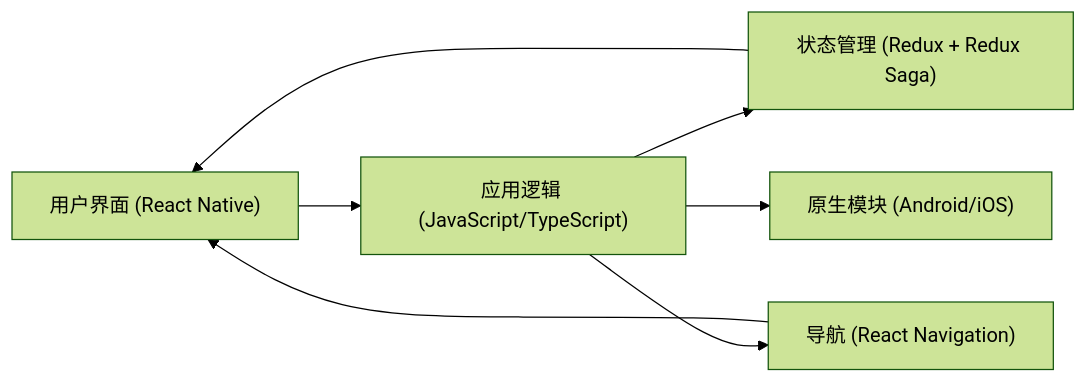
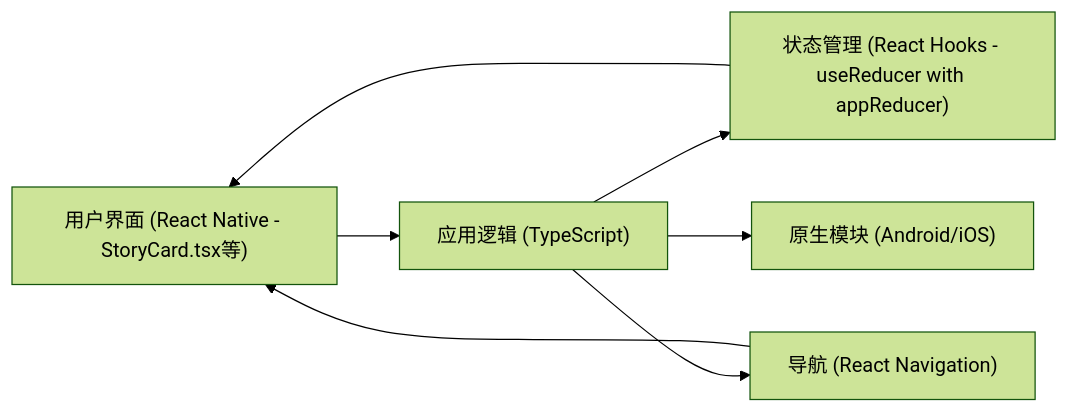
The diagram in memory-bank/systemPatterns.md (HatCloud/SaltyFlame), drawn with Mermaid (forest theme) before and after one commit. The commit also changed other lines of this file and 12 other files, not shown here.

````diff
--- a/memory-bank/systemPatterns.md
+++ b/memory-bank/systemPatterns.md
@@ -7,9 +7,9 @@
 ```mermaid
 graph LR
-    UserInterface["用户界面 (React Native)"] --> AppLogic["应用逻辑 (JavaScript/TypeScript)"]
-    AppLogic --> StateManagement["状态管理 (Redux + Redux Saga)"]
+    UserInterface["用户界面 (React Native - StoryCard.tsx等)"] --> AppLogic["应用逻辑 (TypeScript)"]
+    AppLogic --> StateManagement["状态管理 (React Hooks - useReducer with appReducer)"]
     AppLogic --> Navigation["导航 (React Navigation)"]
     AppLogic --> NativeModules["原生模块 (Android/iOS)"]
     StateManagement --> UserInterface
     Navigation --> UserInterface
 ```
````
